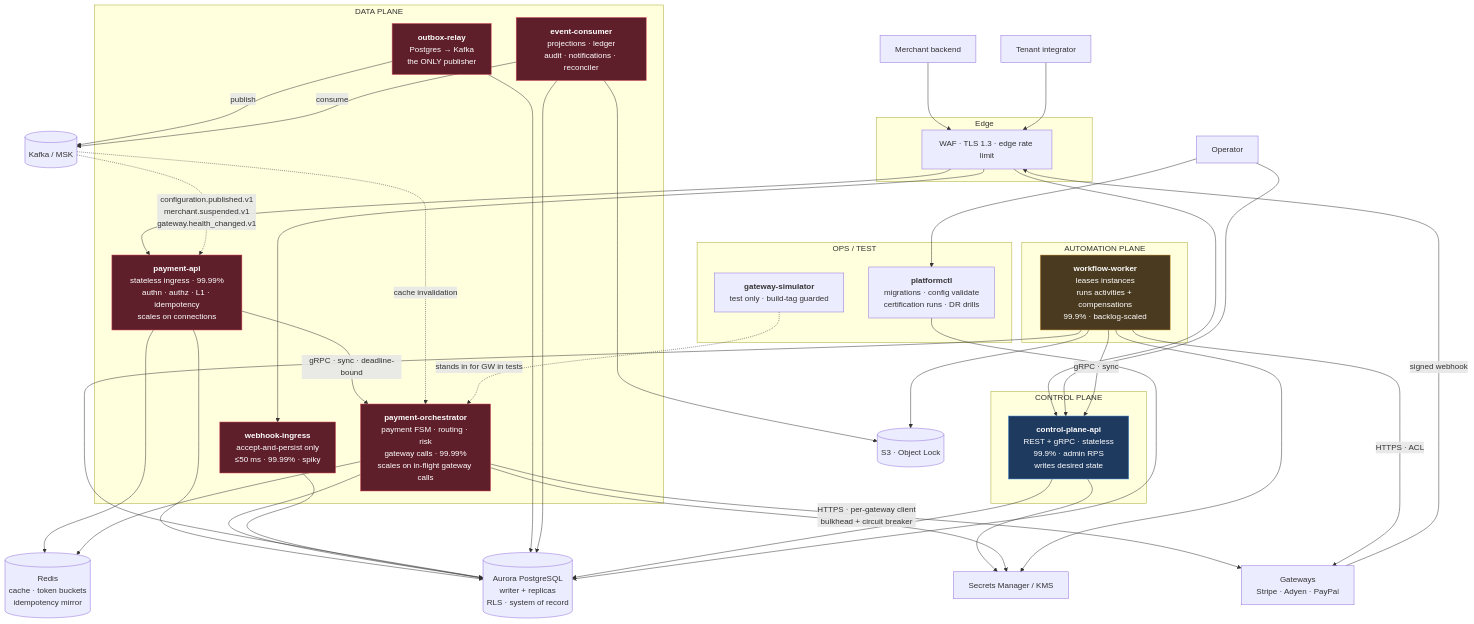
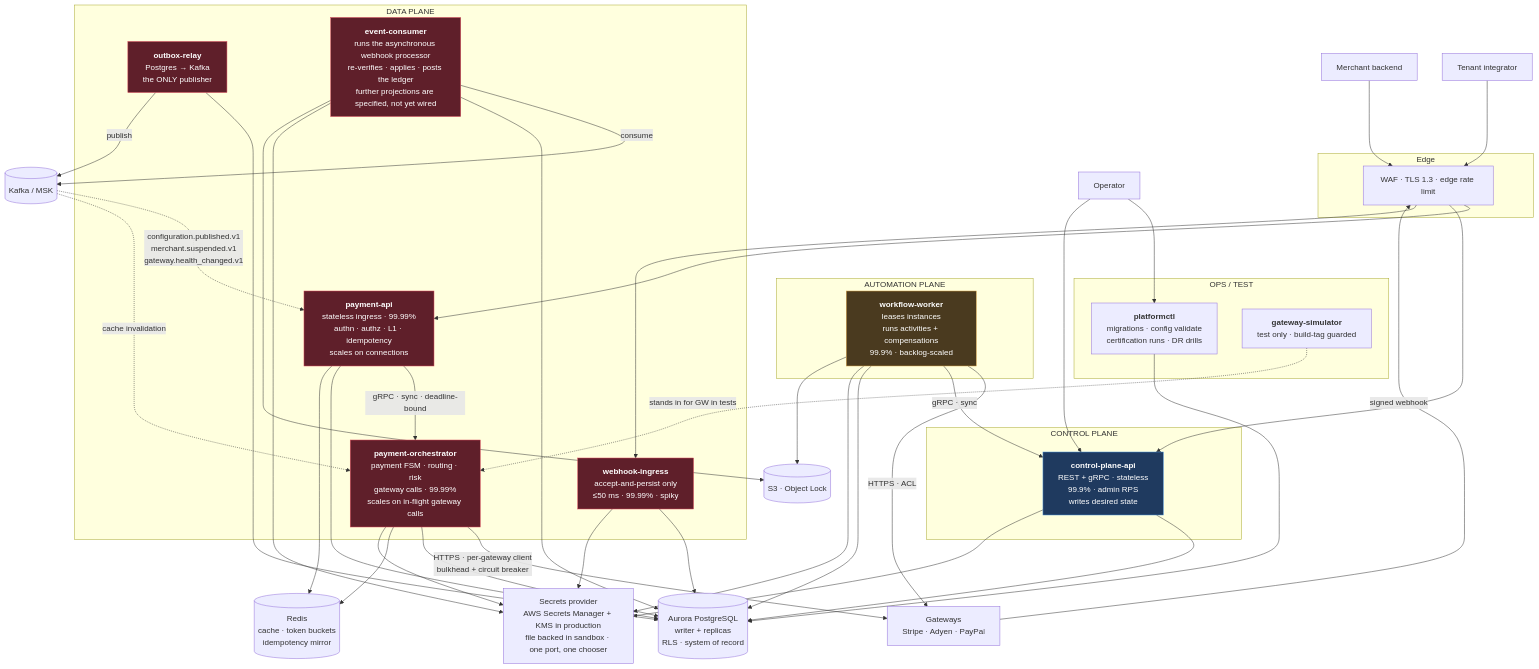
Before and after one commit to udaykishore-resu/payments-platform: the third of 4 diagrams in docs/architecture.md, drawn with Mermaid. The commit also changed other lines of this file and 67 other files, not shown here.

````diff
--- a/docs/architecture.md
+++ b/docs/architecture.md
@@ -270,78 +270,80 @@
 ```mermaid
 flowchart TB
     MER["Merchant backend"]
     TI["Tenant integrator"]
     GW["Gateways<br/>Stripe · Adyen · PayPal"]
     OPS["Operator"]
 
     subgraph edge["Edge"]
         WAF["WAF · TLS 1.3 · edge rate limit"]
     end
 
     subgraph controlplane["CONTROL PLANE"]
         CPA["<b>control-plane-api</b><br/>REST + gRPC · stateless<br/>99.9% · admin RPS<br/>writes desired state"]
     end
 
     subgraph automation["AUTOMATION PLANE"]
         WW["<b>workflow-worker</b><br/>leases instances<br/>runs activities + compensations<br/>99.9% · backlog-scaled"]
     end
 
     subgraph dataplane["DATA PLANE"]
         PAPI["<b>payment-api</b><br/>stateless ingress · 99.99%<br/>authn · authz · L1 · idempotency<br/>scales on connections"]
         PORC["<b>payment-orchestrator</b><br/>payment FSM · routing · risk<br/>gateway calls · 99.99%<br/>scales on in-flight gateway calls"]
         WHI["<b>webhook-ingress</b><br/>accept-and-persist only<br/>≤50 ms · 99.99% · spiky"]
         REL["<b>outbox-relay</b><br/>Postgres → Kafka<br/>the ONLY publisher"]
-        EC["<b>event-consumer</b><br/>projections · ledger<br/>audit · notifications · reconciler"]
+        EC["<b>event-consumer</b><br/>runs the asynchronous webhook processor<br/>re-verifies · applies · posts the ledger<br/>further projections are specified, not yet wired"]
     end
 
     subgraph ops["OPS / TEST"]
         PCTL["<b>platformctl</b><br/>migrations · config validate<br/>certification runs · DR drills"]
         SIM["<b>gateway-simulator</b><br/>test only · build-tag guarded"]
     end
 
     PG[("Aurora PostgreSQL<br/>writer + replicas<br/>RLS · system of record")]
     RD[("Redis<br/>cache · token buckets<br/>idempotency mirror")]
     KF[("Kafka / MSK")]
     S3[("S3 · Object Lock")]
-    SM["Secrets Manager / KMS"]
+    SM["Secrets provider<br/>AWS Secrets Manager + KMS in production<br/>file backed in sandbox · one port, one chooser"]
 
     MER --> WAF --> PAPI
     TI --> WAF --> CPA
     GW -->|"signed webhook"| WAF --> WHI
     OPS --> PCTL
     OPS --> CPA
 
     PAPI -->|"gRPC · sync · deadline-bound"| PORC
     PORC -->|"HTTPS · per-gateway client<br/>bulkhead + circuit breaker"| GW
     WW -->|"HTTPS · ACL"| GW
     WW -->|"gRPC · sync"| CPA
 
     PAPI --> PG
     PAPI --> RD
     PORC --> PG
     PORC --> RD
     WHI --> PG
     WW --> PG
     REL --> PG
     REL -->|"publish"| KF
     EC -->|"consume"| KF
     EC --> PG
     CPA --> PG
     CPA --> SM
     PORC --> SM
     WW --> SM
+    WHI --> SM
+    EC --> SM
     EC --> S3
     WW --> S3
     PCTL --> PG
 
     KF -.->|"configuration.published.v1<br/>merchant.suspended.v1<br/>gateway.health_changed.v1"| PAPI
     KF -.->|"cache invalidation"| PORC
     SIM -.->|"stands in for GW in tests"| PORC
 
     classDef cp fill:#1f3a5f,stroke:#4a90d9,color:#fff
     classDef dp fill:#5f1f2a,stroke:#d94a5a,color:#fff
     classDef ap fill:#4a3a1f,stroke:#d9a44a,color:#fff
     class CPA cp
     class PAPI,PORC,WHI,REL,EC dp
     class WW ap
 ```
````
